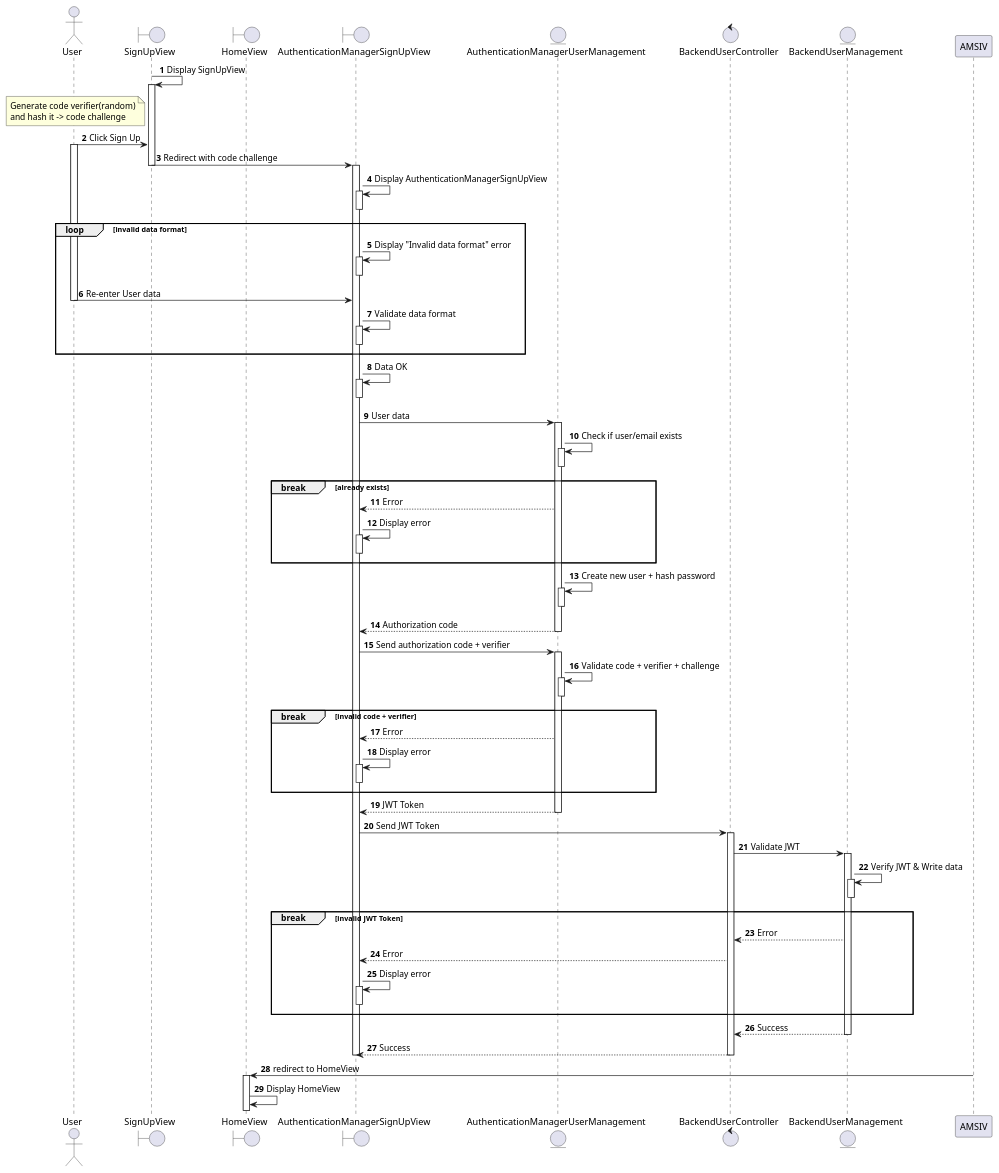
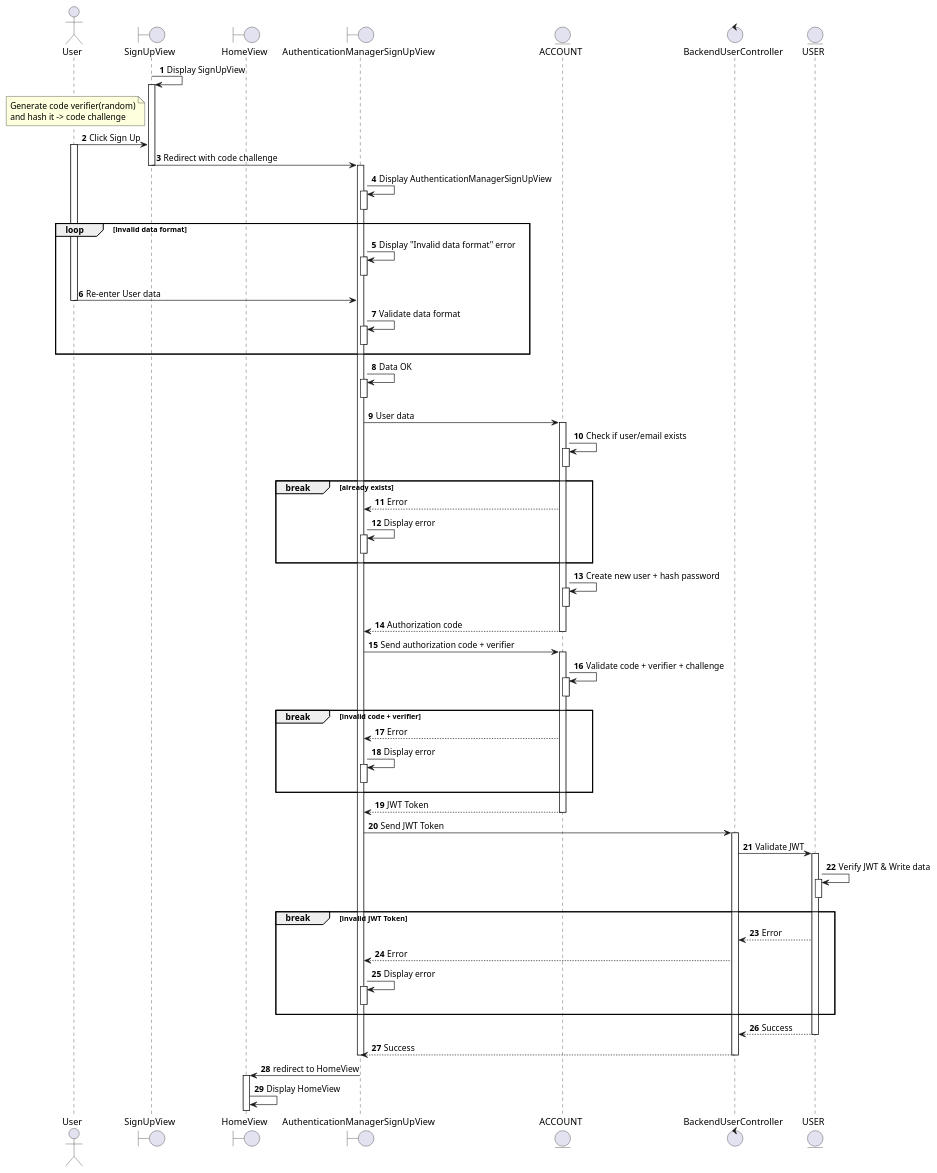
Before and after one commit to electricilies/electricilies.github.io: the diagram in docs/docs/sequence/auth/sign-up.md, drawn with PlantUML. The commit also changed 1 other file, not shown here.

Commit message:
fix(sign-up,sign-in): rename entity

````diff
--- a/docs/docs/sequence/auth/sign-up.md
+++ b/docs/docs/sequence/auth/sign-up.md
@@ -9,9 +9,9 @@
 boundary HomeView as HV
 boundary AuthenticationManagerSignUpView as AMSUV
 
-entity AuthenticationManagerUserManagement as AMUM
+entity ACCOUNT as A
 control BackendUserController as BUC
-entity BackendUserManagement as BUM
+entity USER as US
 
 SUV -> SUV: Display SignUpView
 activate SUV
@@ -35,72 +35,72 @@
   activate AMSUV
   deactivate AMSUV
 end
+
 AMSUV -> AMSUV: Data OK
 activate AMSUV
 deactivate AMSUV
 
-AMSUV -> AMUM: User data
-activate AMUM
-AMUM -> AMUM: Check if user/email exists
-activate AMUM
-deactivate AMUM
+AMSUV -> A: User data
+activate A
+A -> A: Check if user/email exists
+activate A
+deactivate A
 
 break already exists
-    AMSUV <-- AMUM: Error
+    AMSUV <-- A: Error
     AMSUV -> AMSUV: Display error
     activate AMSUV
     deactivate AMSUV
 end
-AMUM -> AMUM: Create new user + hash password
-activate AMUM
-deactivate AMUM
-AMSUV <-- AMUM: Authorization code
-deactivate AMUM
 
-AMSUV -> AMUM: Send authorization code + verifier
-activate AMUM
-AMUM -> AMUM: Validate code + verifier + challenge
-activate AMUM
-deactivate AMUM
+A -> A: Create new user + hash password
+activate A
+deactivate A
+AMSUV <-- A: Authorization code
+deactivate A
+
+AMSUV -> A: Send authorization code + verifier
+activate A
+A -> A: Validate code + verifier + challenge
+activate A
+deactivate A
 
 break invalid code + verifier
-  AMSUV <-- AMUM: Error
+  AMSUV <-- A: Error
   AMSUV -> AMSUV: Display error
   activate AMSUV
   deactivate AMSUV
 end
 
-AMSUV <-- AMUM: JWT Token
-deactivate AMUM
-
+AMSUV <-- A: JWT Token
+deactivate A
 
 AMSUV -> BUC: Send JWT Token
 activate BUC
 
-BUC -> BUM: Validate JWT
-activate BUM
-BUM -> BUM: Verify JWT & Write data
-activate BUM
-deactivate BUM
+BUC -> US: Validate JWT
+activate US
+US -> US: Verify JWT & Write data
+activate US
+deactivate US
 
 break invalid JWT Token
-  BUC <-- BUM: Error
+  BUC <-- US: Error
   AMSUV <-- BUC: Error
   AMSUV -> AMSUV: Display error
   activate AMSUV
   deactivate AMSUV
 end
 
-BUC <-- BUM: Success
-deactivate BUM
+BUC <-- US: Success
+deactivate US
 AMSUV <-- BUC: Success
 deactivate BUC
 deactivate AMSUV
-HV <- AMSIV: redirect to HomeView
-deactivate AMSIV
+HV <- AMSUV: redirect to HomeView
+deactivate AMSUV
 activate HV
 deactivate HV
 HV -> HV: Display HomeView
-
 @enduml
 ```
````
